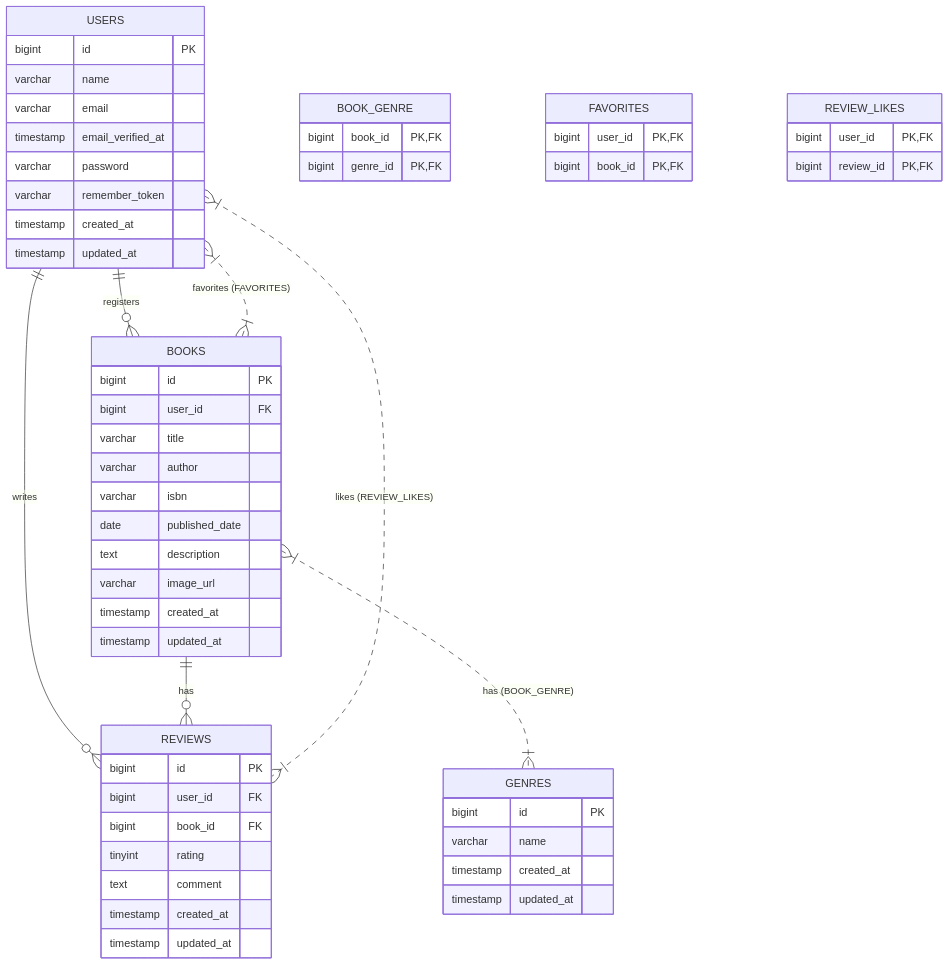
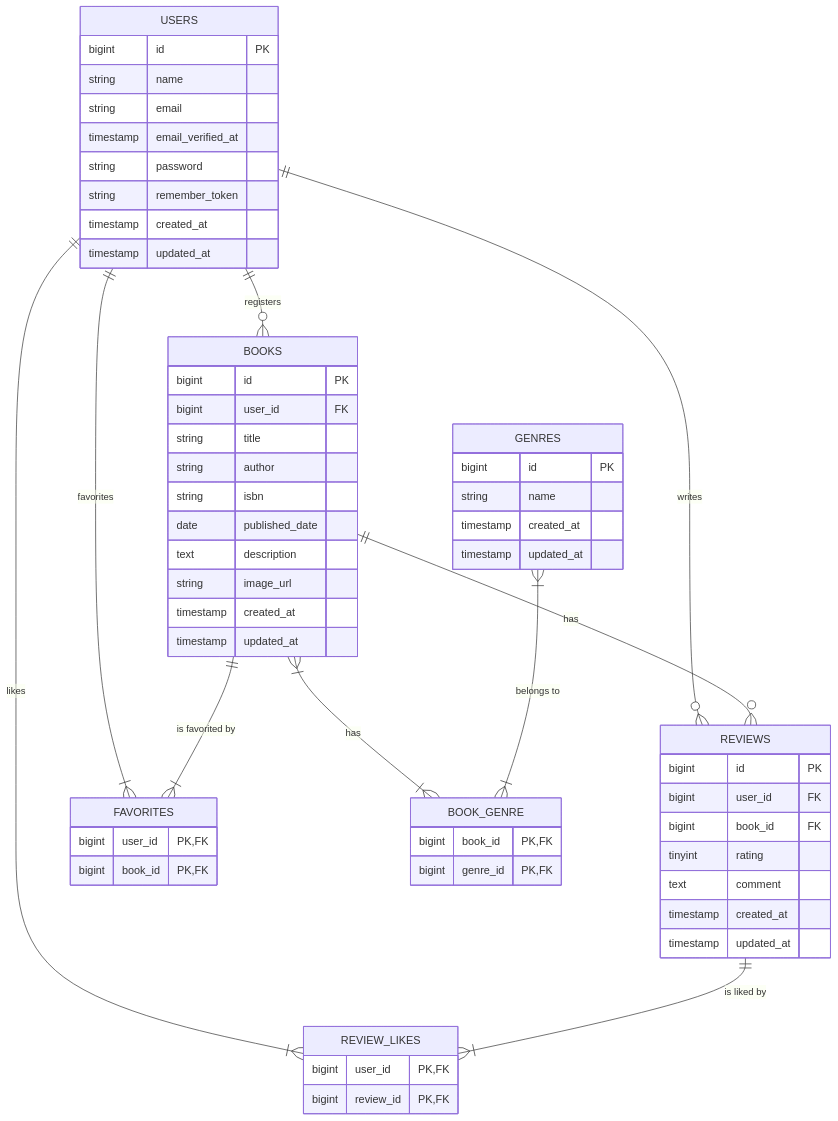
Before and after one commit to coachtech-material/ExampleAnswer-mockcase-BookShelf: the diagram in 関連ドキュメント/復習教材/基本機能編_実装手順書_Chapter2_完全版.md, drawn with Mermaid. The commit also changed other lines of this file, not shown here.

Commit message:
docs: Chapter2のER図を修正

````diff
--- a/関連ドキュメント/復習教材/基本機能編_実装手順書_Chapter2_完全版.md
+++ b/関連ドキュメント/復習教材/基本機能編_実装手順書_Chapter2_完全版.md
@@ -63,66 +58,68 @@
 ```mermaid
 erDiagram
     USERS {
         bigint id PK
-        varchar name
-        varchar email
+        string name
+        string email
         timestamp email_verified_at
-        varchar password
-        varchar remember_token
+        string password
+        string remember_token
         timestamp created_at
         timestamp updated_at
     }
 
     BOOKS {
         bigint id PK
         bigint user_id FK
-        varchar title
-        varchar author
-        varchar isbn
+        string title
+        string author
+        string isbn
         date published_date
         text description
-        varchar image_url
+        string image_url
         timestamp created_at
         timestamp updated_at
     }
 
     REVIEWS {
         bigint id PK
         bigint user_id FK
         bigint book_id FK
         tinyint rating
         text comment
         timestamp created_at
         timestamp updated_at
     }
 
     GENRES {
         bigint id PK
-        varchar name
+        string name
         timestamp created_at
         timestamp updated_at
-    }
-
-    BOOK_GENRE {
-        bigint book_id PK, FK
-        bigint genre_id PK, FK
     }
 
     FAVORITES {
         bigint user_id PK, FK
         bigint book_id PK, FK
     }
 
     REVIEW_LIKES {
         bigint user_id PK, FK
         bigint review_id PK, FK
     }
 
+    BOOK_GENRE {
+        bigint book_id PK, FK
+        bigint genre_id PK, FK
+    }
+
     USERS ||--o{ BOOKS : "registers"
     USERS ||--o{ REVIEWS : "writes"
     BOOKS ||--o{ REVIEWS : "has"
-
-    BOOKS }|..|{ GENRES : "has (BOOK_GENRE)"
-    USERS }|..|{ BOOKS : "favorites (FAVORITES)"
-    USERS }|..|{ REVIEWS : "likes (REVIEW_LIKES)"
+    USERS ||--|{ FAVORITES : "favorites"
+    BOOKS ||--|{ FAVORITES : "is favorited by"
+    USERS ||--|{ REVIEW_LIKES : "likes"
+    REVIEWS ||--|{ REVIEW_LIKES : "is liked by"
+    BOOKS }|--|{ BOOK_GENRE : "has"
+    GENRES }|--|{ BOOK_GENRE : "belongs to"
 ```
````
